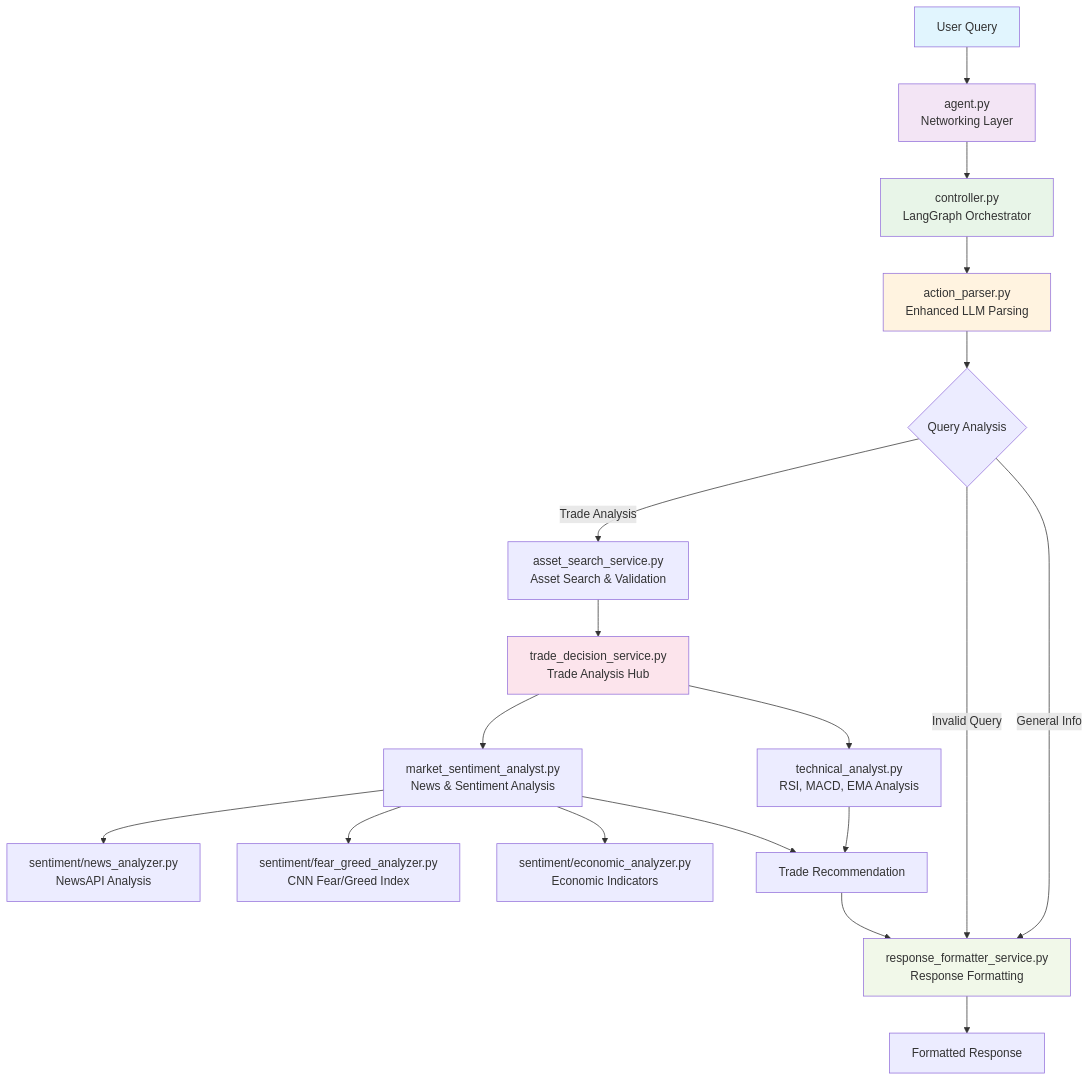
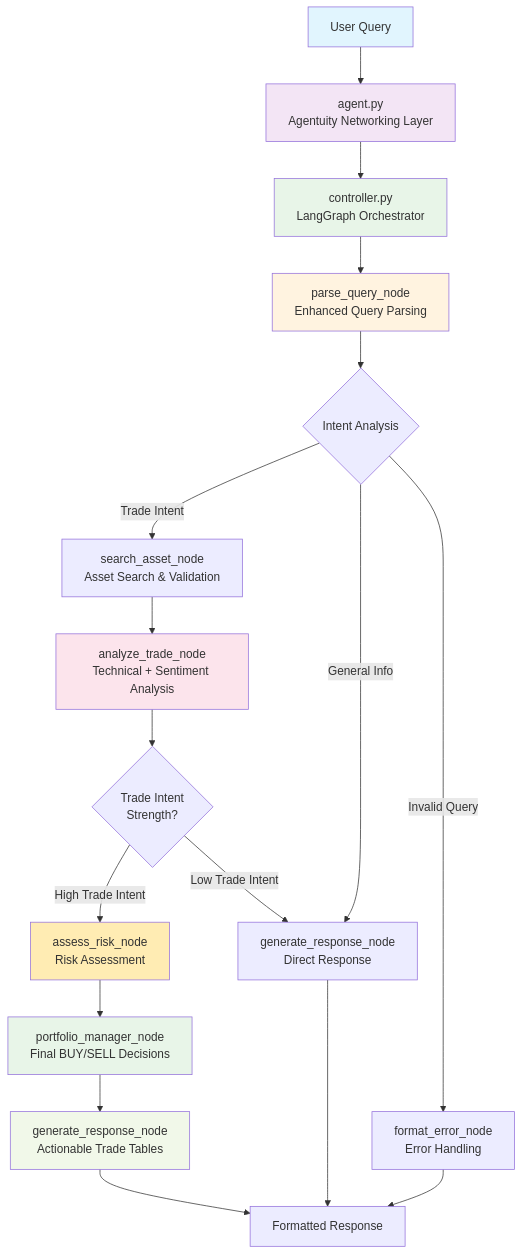
Before and after one commit to agentuity/agent-hedgefund: the first of 2 diagrams in README.md, drawn with Mermaid. The commit also changed other lines of this file, not shown here.

````diff
--- a/README.md
+++ b/README.md
@@ -24,35 +24,37 @@
 ```mermaid
 graph TD
-    A[User Query] --> B[agent.py<br/>Networking Layer]
+    A[User Query] --> B[agent.py<br/>Agentuity Networking Layer]
     
     B --> C[controller.py<br/>LangGraph Orchestrator]
     
-    C --> D[action_parser.py<br/>Enhanced LLM Parsing]
-    D --> E{Query Analysis}
+    C --> D[parse_query_node<br/>Enhanced Query Parsing]
+    D --> E{Intent Analysis}
     
-    E -->|Trade Analysis| F[asset_search_service.py<br/>Asset Search & Validation]
-    E -->|General Info| K[response_formatter_service.py<br/>Response Formatting]
-    E -->|Invalid Query| K
+    E -->|Trade Intent| F[search_asset_node<br/>Asset Search & Validation]
+    E -->|General Info| L[generate_response_node<br/>Direct Response]
+    E -->|Invalid Query| M[format_error_node<br/>Error Handling]
     
-    F --> G[trade_decision_service.py<br/>Trade Analysis Hub]
+    F --> G[analyze_trade_node<br/>Technical + Sentiment Analysis]
     
-    G --> H[technical_analyst.py<br/>RSI, MACD, EMA Analysis]
-    G --> I[market_sentiment_analyst.py<br/>News & Sentiment Analysis]
+    G --> H{Trade Intent<br/>Strength?}
     
-    I --> I1[sentiment/news_analyzer.py<br/>NewsAPI Analysis]
-    I --> I2[sentiment/fear_greed_analyzer.py<br/>CNN Fear/Greed Index]
-    I --> I3[sentiment/economic_analyzer.py<br/>Economic Indicators]
+    H -->|High Trade Intent| I[assess_risk_node<br/>Risk Assessment]
+    H -->|Low Trade Intent| L
     
-    H --> J[Trade Recommendation]
-    I --> J
-    J --> K
+    I --> J[portfolio_manager_node<br/>Final BUY/SELL Decisions]
     
-    K --> L[Formatted Response]
+    J --> K[generate_response_node<br/>Actionable Trade Tables]
+    
+    K --> N[Formatted Response]
+    L --> N
+    M --> N
     
     style A fill:#e1f5fe
     style B fill:#f3e5f5
     style C fill:#e8f5e8
     style D fill:#fff3e0
     style G fill:#fce4ec
+    style I fill:#ffecb3
+    style J fill:#e8f5e8
     style K fill:#f1f8e9
 ```
````
